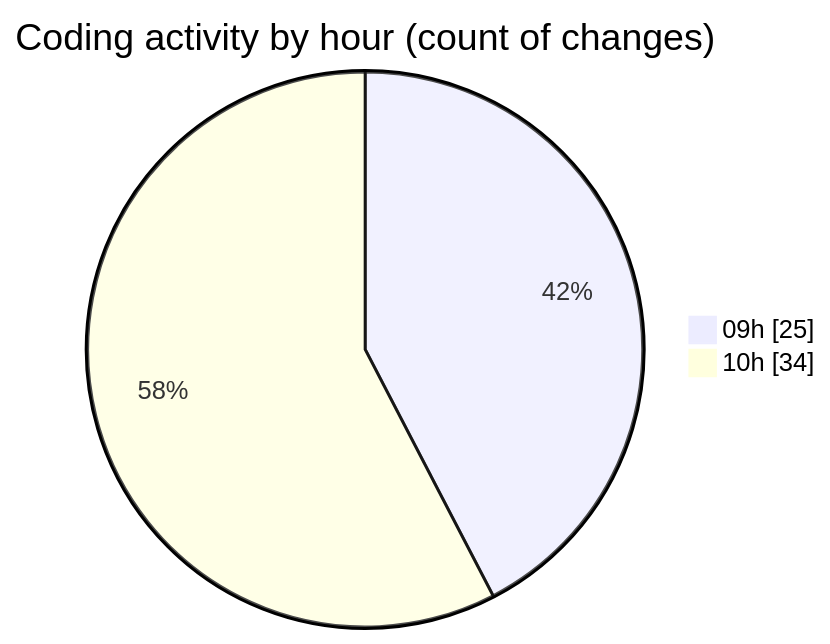
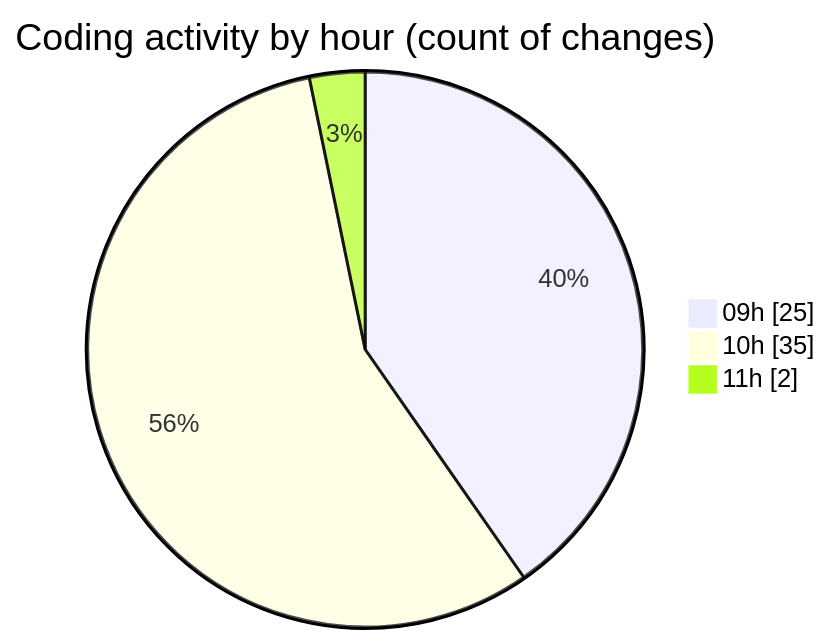
One commit to momahboobian/code-tracking changed the second of 2 diagrams in 2025-08-22/cda/README.md. Above: the diagram before and after it, drawn with Mermaid. The commit also changed other lines of this file and 1 other file, not shown here.

````diff
--- a/2025-08-22/cda/README.md
+++ b/2025-08-22/cda/README.md
@@ -42,6 +43,7 @@
 ```mermaid
 pie showData
 title Coding activity by hour (count of changes)
 "09h" : 25
-"10h" : 34
+"10h" : 35
+"11h" : 2
 ```
````
